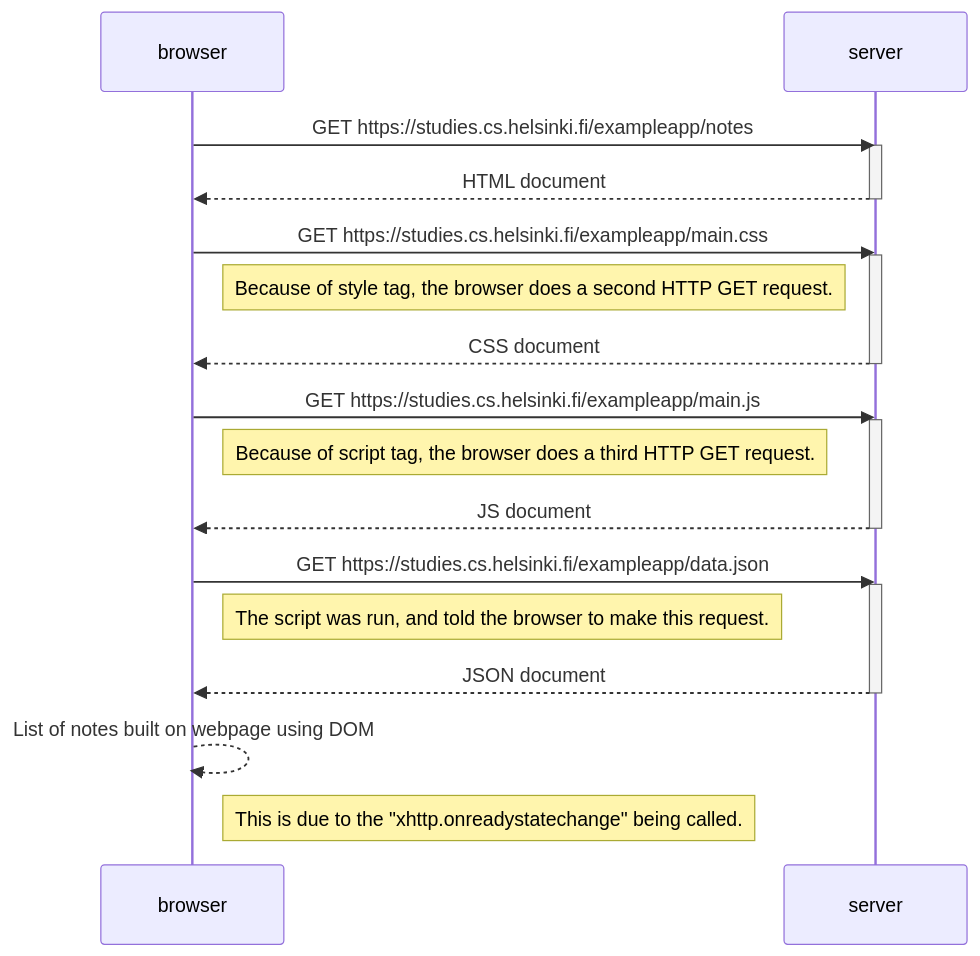
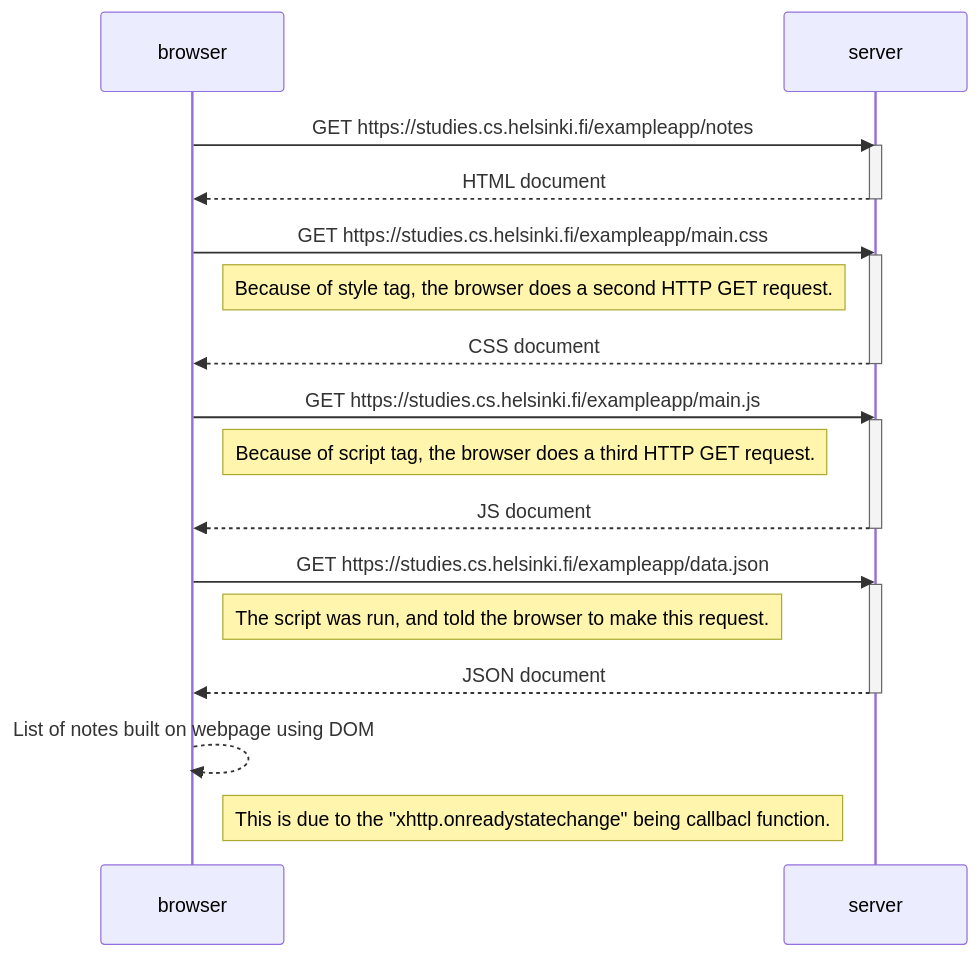
One commit to gul3isg00/fullStackOpen2023 changed the first of 2 diagrams in part0/exercise4.md. Above: the diagram before and after it, drawn with Mermaid. The commit also changed other lines of this file and 1 other file, not shown here.

Commit message:
add keyword

````diff
--- a/part0/exercise4.md
+++ b/part0/exercise4.md
@@ -2,30 +2,30 @@
 ```mermaid
 sequenceDiagram
     participant browser
     participant server
 
     browser->>server: GET https://studies.cs.helsinki.fi/exampleapp/notes
     activate server
     server-->>browser: HTML document
     deactivate server
 
     browser->>server: GET https://studies.cs.helsinki.fi/exampleapp/main.css
     activate server
     Note right of browser: Because of style tag, the browser does a second HTTP GET request.
     server-->>browser: CSS document
     deactivate server
 
     browser->>server: GET https://studies.cs.helsinki.fi/exampleapp/main.js
     activate server
     Note right of browser: Because of script tag, the browser does a third HTTP GET request.
     server-->>browser: JS document
     deactivate server
 
     browser->>server: GET https://studies.cs.helsinki.fi/exampleapp/data.json
     activate server
     Note right of browser: The script was run, and told the browser to make this request.
     server-->>browser: JSON document
     deactivate server
     browser-->>browser: List of notes built on webpage using DOM
-    Note right of browser: This is due to the "xhttp.onreadystatechange" being called.
+    Note right of browser: This is due to the "xhttp.onreadystatechange" being callbacl function.
 ```
````
